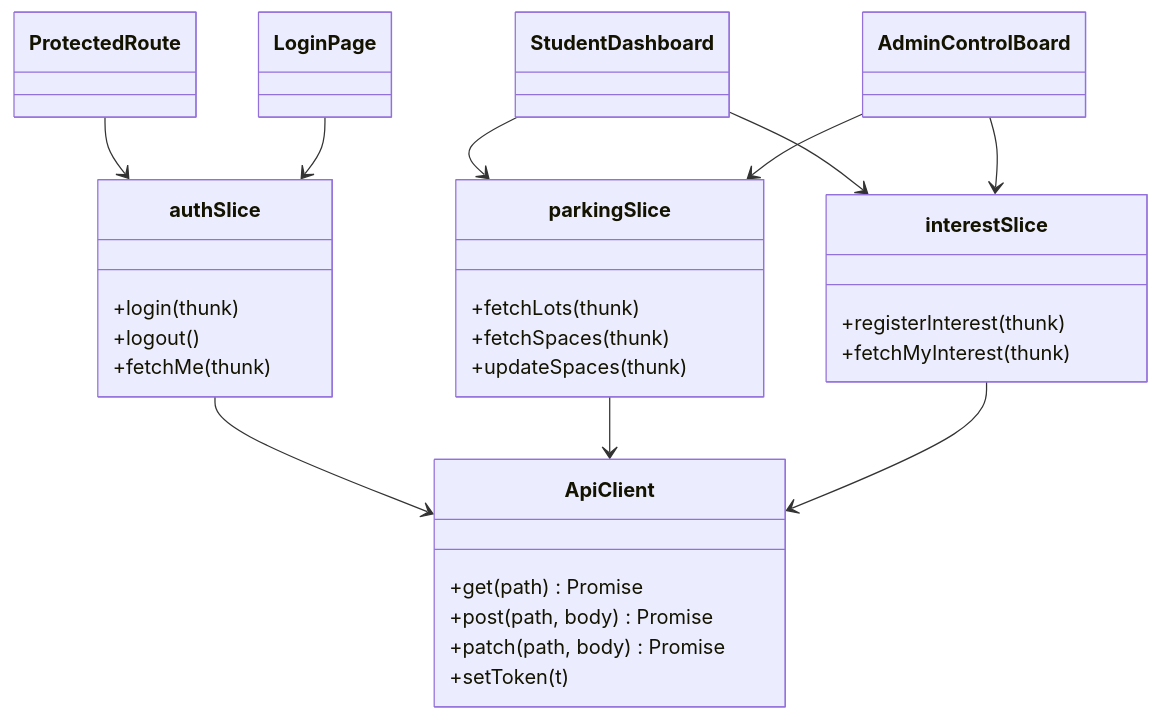
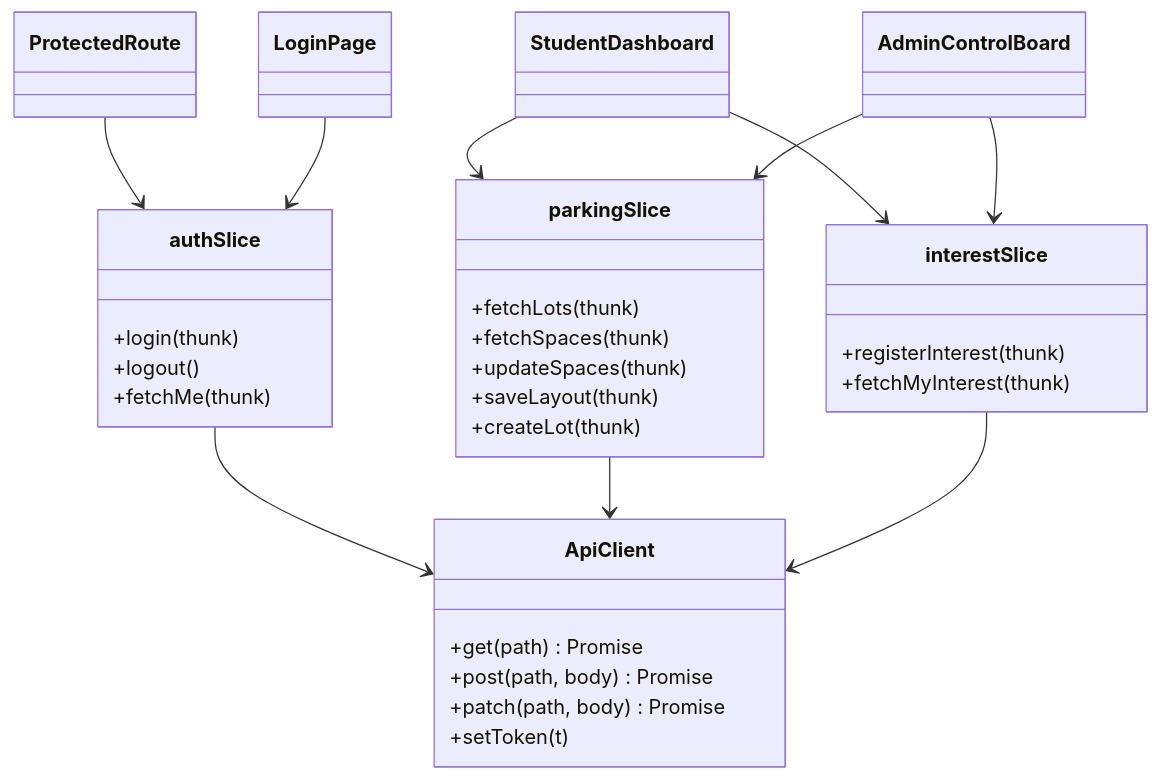
One commit to LTRide2/lt-parking-site-project changed the fourth of 8 diagrams in plan/plan.md. Above: the diagram before and after it, drawn with Mermaid. The commit also changed other lines of this file and 9 other files, not shown here.

````diff
--- a/plan/plan.md
+++ b/plan/plan.md
@@ -275,37 +283,39 @@
 ```mermaid
 classDiagram
     class ApiClient {
         +get(path) Promise
         +post(path, body) Promise
         +patch(path, body) Promise
         +setToken(t)
     }
     class authSlice {
         +login(thunk)
         +logout()
         +fetchMe(thunk)
     }
     class parkingSlice {
         +fetchLots(thunk)
         +fetchSpaces(thunk)
         +updateSpaces(thunk)
+        +saveLayout(thunk)
+        +createLot(thunk)
     }
     class interestSlice {
         +registerInterest(thunk)
         +fetchMyInterest(thunk)
     }
     class ProtectedRoute
     class LoginPage
     class StudentDashboard
     class AdminControlBoard
 
     authSlice --> ApiClient
     parkingSlice --> ApiClient
     interestSlice --> ApiClient
     ProtectedRoute --> authSlice
     LoginPage --> authSlice
     StudentDashboard --> interestSlice
     StudentDashboard --> parkingSlice
     AdminControlBoard --> parkingSlice
     AdminControlBoard --> interestSlice
 ```
````
